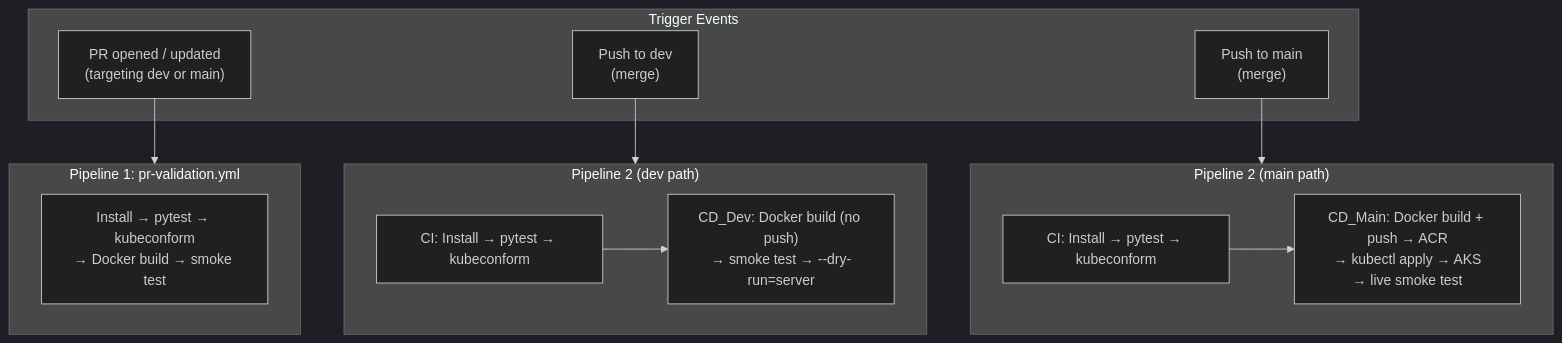
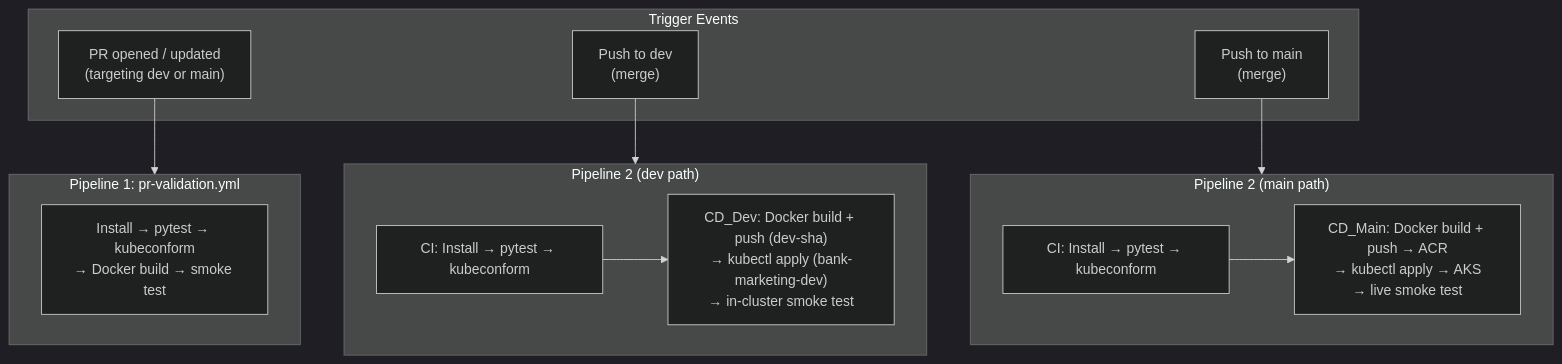
One commit to Annemarie-Bester/marketing-model-mlops-azure changed the fourth of 6 diagrams in docs/architecture.md. Above: the diagram before and after it, drawn with Mermaid (dark theme). The commit also changed other lines of this file and 6 other files, not shown here.

````diff
--- a/docs/architecture.md
+++ b/docs/architecture.md
@@ -186,28 +189,28 @@
 ```mermaid
 flowchart TD
     subgraph Triggers["Trigger Events"]
         PR_EV["PR opened / updated<br/>(targeting dev or main)"]
         PUSH_DEV["Push to dev<br/>(merge)"]
         PUSH_MAIN["Push to main<br/>(merge)"]
     end
 
     subgraph P1["Pipeline 1: pr-validation.yml"]
         VAL["Install → pytest → kubeconform<br/>→ Docker build → smoke test"]
     end
 
     subgraph P2_DEV["Pipeline 2 (dev path)"]
         CI_D["CI: Install → pytest → kubeconform"]
-        CD_D["CD_Dev: Docker build (no push)<br/>→ smoke test → --dry-run=server"]
+        CD_D["CD_Dev: Docker build + push (dev-sha)<br/>→ kubectl apply (bank-marketing-dev)<br/>→ in-cluster smoke test"]
         CI_D --> CD_D
     end
 
     subgraph P2_MAIN["Pipeline 2 (main path)"]
         CI_M["CI: Install → pytest → kubeconform"]
         CD_M["CD_Main: Docker build + push → ACR<br/>→ kubectl apply → AKS<br/>→ live smoke test"]
         CI_M --> CD_M
     end
 
     PR_EV --> P1
     PUSH_DEV --> P2_DEV
     PUSH_MAIN --> P2_MAIN
 ```
````
